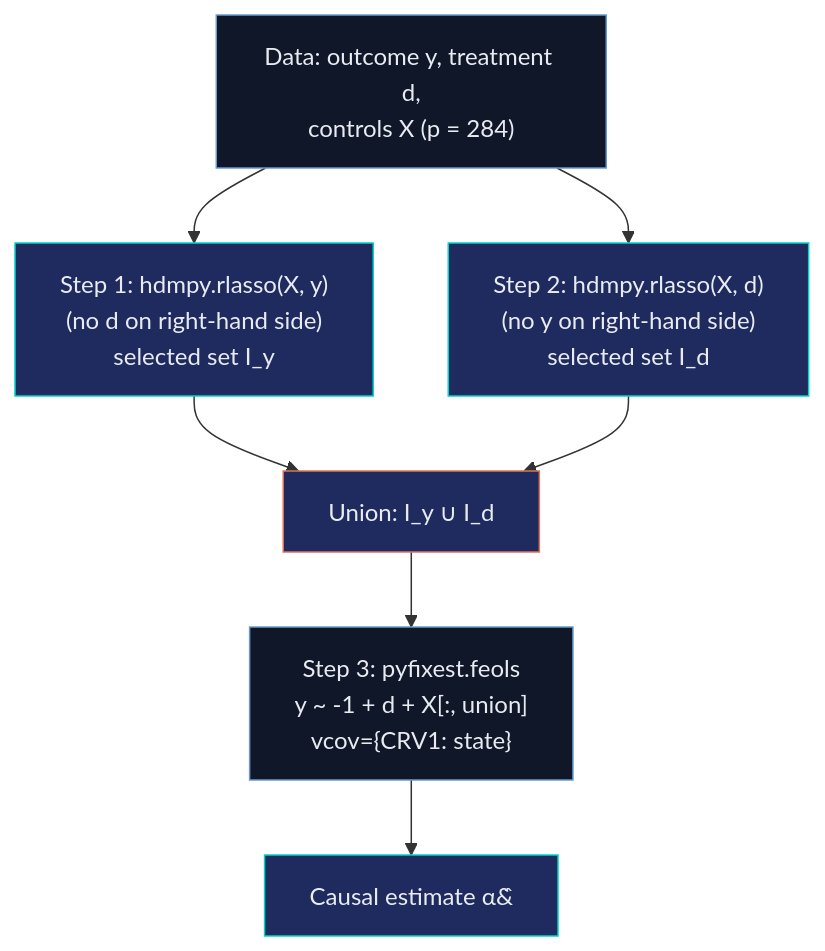
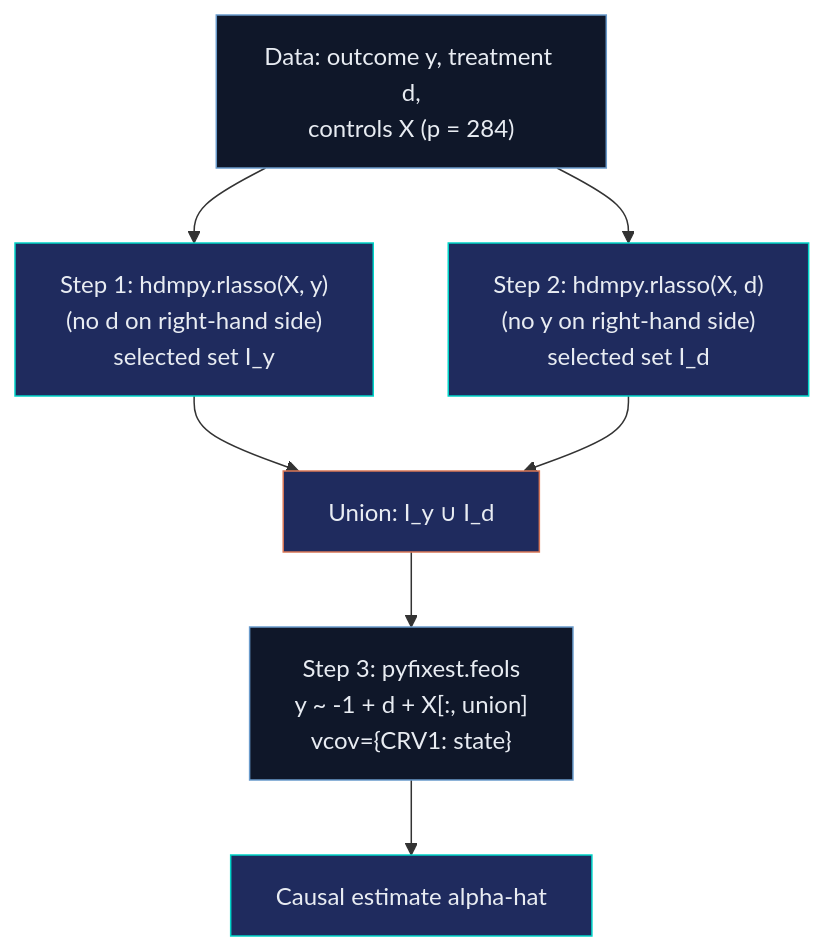
The first of 2 diagrams in content/post/python_double_lasso/index.md (cmg777/starter-academic-v501), drawn with Mermaid before and after one commit. The commit also changed other lines of this file and 7 other files, not shown here.

First line of the commit message:
double_lasso: fix broken Mermaid diacritics + Stata figure spacing

````diff
--- a/content/post/python_double_lasso/index.md
+++ b/content/post/python_double_lasso/index.md
@@ -305,15 +305,15 @@
 ```mermaid
 flowchart TD
     A["Data: outcome y, treatment d,<br/>controls X (p = 284)"] --> B["Step 1: hdmpy.rlasso(X, y)<br/>(no d on right-hand side)<br/>selected set I_y"]
     A --> C["Step 2: hdmpy.rlasso(X, d)<br/>(no y on right-hand side)<br/>selected set I_d"]
     B --> D["Union: I_y &cup; I_d"]
     C --> D
     D --> E["Step 3: pyfixest.feols<br/>y ~ -1 + d + X[:, union]<br/>vcov={CRV1: state}"]
-    E --> F["Causal estimate &alpha;&#770;"]
+    E --> F["Causal estimate alpha-hat"]
     style A fill:#0f1729,stroke:#6a9bcc,color:#e8ecf2
     style B fill:#1f2b5e,stroke:#00d4c8,color:#e8ecf2
     style C fill:#1f2b5e,stroke:#00d4c8,color:#e8ecf2
     style D fill:#1f2b5e,stroke:#d97757,color:#e8ecf2
     style E fill:#0f1729,stroke:#6a9bcc,color:#e8ecf2
     style F fill:#1f2b5e,stroke:#00d4c8,color:#e8ecf2
 ```
````
